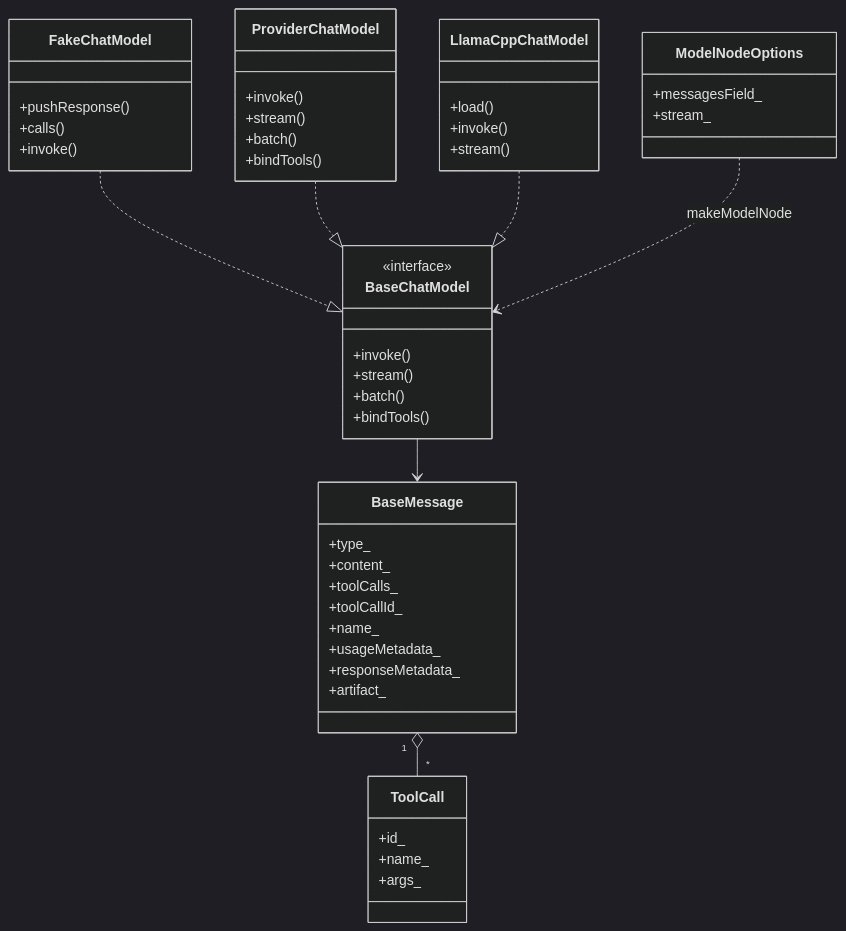
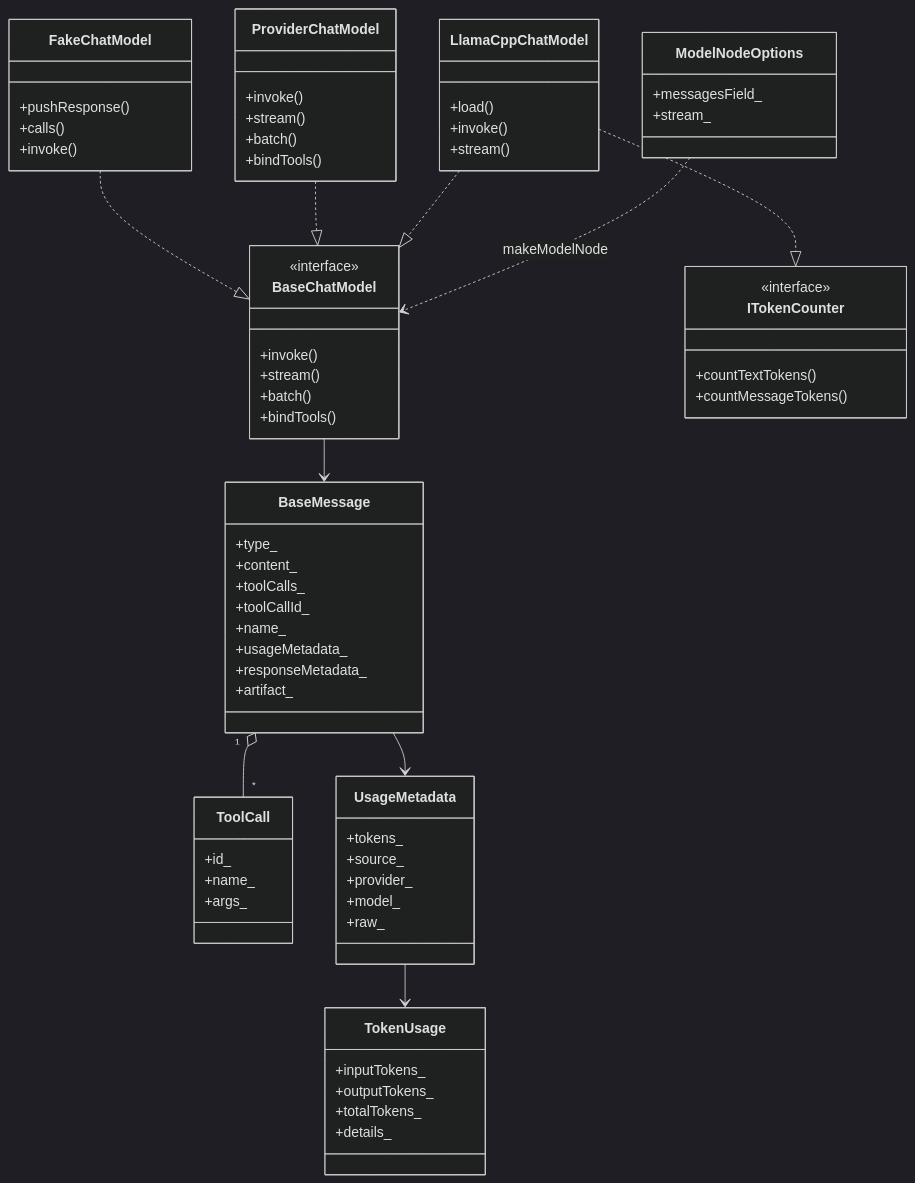
The eighth of 14 diagrams in docs/ARCHITECTURE.md (ouxianghui/langgraph-cpp), drawn with Mermaid (dark theme) before and after one commit. The commit also changed 23 other files, not shown here.

Commit message:
token usage

````diff
--- a/docs/ARCHITECTURE.md
+++ b/docs/ARCHITECTURE.md
@@ -528,58 +528,82 @@
 ```mermaid
 classDiagram
     class BaseMessage {
         +type_
         +content_
         +toolCalls_
         +toolCallId_
         +name_
         +usageMetadata_
         +responseMetadata_
         +artifact_
     }
 
     class ToolCall {
         +id_
         +name_
         +args_
     }
 
+    class UsageMetadata {
+        +tokens_
+        +source_
+        +provider_
+        +model_
+        +raw_
+    }
+
+    class TokenUsage {
+        +inputTokens_
+        +outputTokens_
+        +totalTokens_
+        +details_
+    }
+
     class BaseChatModel {
         <<interface>>
         +invoke()
         +stream()
         +batch()
         +bindTools()
+    }
+
+    class ITokenCounter {
+        <<interface>>
+        +countTextTokens()
+        +countMessageTokens()
     }
 
     class FakeChatModel {
         +pushResponse()
         +calls()
         +invoke()
     }
 
     class ProviderChatModel {
         +invoke()
         +stream()
         +batch()
         +bindTools()
     }
 
     class LlamaCppChatModel {
         +load()
         +invoke()
         +stream()
     }
 
     class ModelNodeOptions {
         +messagesField_
         +stream_
     }
 
     BaseMessage "1" o-- "*" ToolCall
+    BaseMessage --> UsageMetadata
+    UsageMetadata --> TokenUsage
     FakeChatModel ..|> BaseChatModel
     ProviderChatModel ..|> BaseChatModel
     LlamaCppChatModel ..|> BaseChatModel
+    LlamaCppChatModel ..|> ITokenCounter
     BaseChatModel --> BaseMessage
     ModelNodeOptions ..> BaseChatModel : makeModelNode
 ```
````
